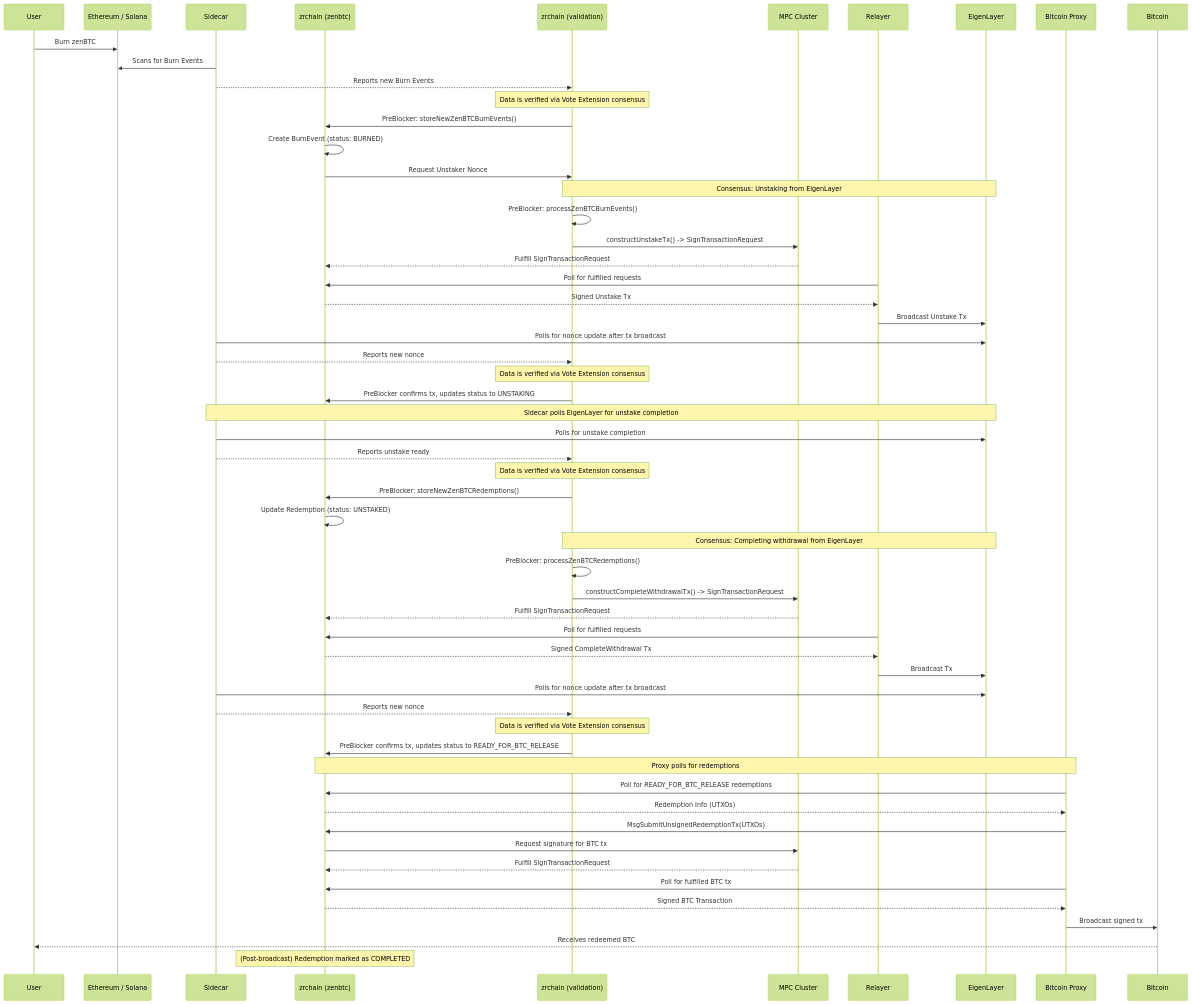
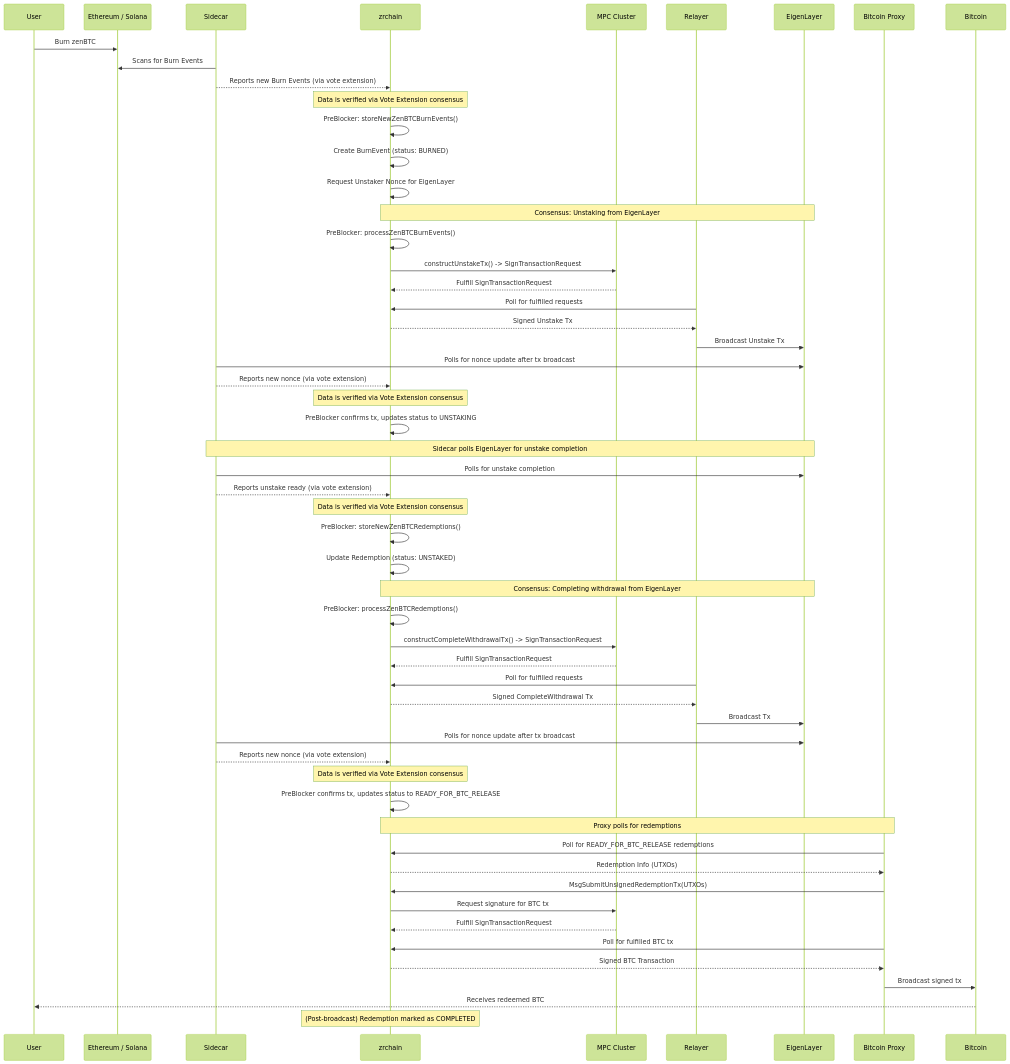
One commit to zenrocklabs/zrchain changed the second of 4 diagrams in docs/README.md. Above: the diagram before and after it, drawn with Mermaid (forest theme). The commit also changed other lines of this file, not shown here.

````diff
--- a/docs/README.md
+++ b/docs/README.md
@@ -93,68 +95,67 @@
 ```mermaid
 sequenceDiagram
     participant User
     participant DestinationChain as Ethereum / Solana
     participant Sidecar
-    participant zrchain as zrchain (zenbtc)
-    participant zrchain_val as zrchain (validation)
+    participant zrchain
     participant MPC Cluster
     participant Relayer
     participant EigenLayer
     participant Bitcoin Proxy
     participant Bitcoin
 
     User->>DestinationChain: Burn zenBTC
     Sidecar->>DestinationChain: Scans for Burn Events
-    Sidecar-->>zrchain_val: Reports new Burn Events
-    Note over zrchain_val: Data is verified via Vote Extension consensus
+    Sidecar-->>zrchain: Reports new Burn Events (via vote extension)
+    Note over zrchain: Data is verified via Vote Extension consensus
 
-    zrchain_val->>zrchain: PreBlocker: storeNewZenBTCBurnEvents()
+    zrchain->>zrchain: PreBlocker: storeNewZenBTCBurnEvents()
     zrchain->>zrchain: Create BurnEvent (status: BURNED)
-    zrchain->>zrchain_val: Request Unstaker Nonce
+    zrchain->>zrchain: Request Unstaker Nonce for EigenLayer
 
-    Note over zrchain_val,EigenLayer: Consensus: Unstaking from EigenLayer
-    zrchain_val->>zrchain_val: PreBlocker: processZenBTCBurnEvents()
-    zrchain_val->>MPC Cluster: constructUnstakeTx() -> SignTransactionRequest
+    Note over zrchain,EigenLayer: Consensus: Unstaking from EigenLayer
+    zrchain->>zrchain: PreBlocker: processZenBTCBurnEvents()
+    zrchain->>MPC Cluster: constructUnstakeTx() -> SignTransactionRequest
     MPC Cluster-->>zrchain: Fulfill SignTransactionRequest
     Relayer->>zrchain: Poll for fulfilled requests
     zrchain-->>Relayer: Signed Unstake Tx
     Relayer->>EigenLayer: Broadcast Unstake Tx
     
     Sidecar->>EigenLayer: Polls for nonce update after tx broadcast
-    Sidecar-->>zrchain_val: Reports new nonce
-    Note over zrchain_val: Data is verified via Vote Extension consensus
-    zrchain_val->>zrchain: PreBlocker confirms tx, updates status to UNSTAKING
+    Sidecar-->>zrchain: Reports new nonce (via vote extension)
+    Note over zrchain: Data is verified via Vote Extension consensus
+    zrchain->>zrchain: PreBlocker confirms tx, updates status to UNSTAKING
 
     Note over Sidecar,EigenLayer: Sidecar polls EigenLayer for unstake completion
     Sidecar->>EigenLayer: Polls for unstake completion
-    Sidecar-->>zrchain_val: Reports unstake ready
-    Note over zrchain_val: Data is verified via Vote Extension consensus
-    zrchain_val->>zrchain: PreBlocker: storeNewZenBTCRedemptions()
+    Sidecar-->>zrchain: Reports unstake ready (via vote extension)
+    Note over zrchain: Data is verified via Vote Extension consensus
+    zrchain->>zrchain: PreBlocker: storeNewZenBTCRedemptions()
     zrchain->>zrchain: Update Redemption (status: UNSTAKED)
 
-    Note over zrchain_val,EigenLayer: Consensus: Completing withdrawal from EigenLayer
-    zrchain_val->>zrchain_val: PreBlocker: processZenBTCRedemptions()
-    zrchain_val->>MPC Cluster: constructCompleteWithdrawalTx() -> SignTransactionRequest
+    Note over zrchain,EigenLayer: Consensus: Completing withdrawal from EigenLayer
+    zrchain->>zrchain: PreBlocker: processZenBTCRedemptions()
+    zrchain->>MPC Cluster: constructCompleteWithdrawalTx() -> SignTransactionRequest
     MPC Cluster-->>zrchain: Fulfill SignTransactionRequest
     Relayer->>zrchain: Poll for fulfilled requests
     zrchain-->>Relayer: Signed CompleteWithdrawal Tx
     Relayer->>EigenLayer: Broadcast Tx
     
     Sidecar->>EigenLayer: Polls for nonce update after tx broadcast
-    Sidecar-->>zrchain_val: Reports new nonce
-    Note over zrchain_val: Data is verified via Vote Extension consensus
-    zrchain_val->>zrchain: PreBlocker confirms tx, updates status to READY_FOR_BTC_RELEASE
+    Sidecar-->>zrchain: Reports new nonce (via vote extension)
+    Note over zrchain: Data is verified via Vote Extension consensus
+    zrchain->>zrchain: PreBlocker confirms tx, updates status to READY_FOR_BTC_RELEASE
 
     Note over Bitcoin Proxy, zrchain: Proxy polls for redemptions
     Bitcoin Proxy->>zrchain: Poll for READY_FOR_BTC_RELEASE redemptions
     zrchain-->>Bitcoin Proxy: Redemption Info (UTXOs)
     Bitcoin Proxy->>zrchain: MsgSubmitUnsignedRedemptionTx(UTXOs)
     zrchain->>MPC Cluster: Request signature for BTC tx
     MPC Cluster-->>zrchain: Fulfill SignTransactionRequest
     Bitcoin Proxy->>zrchain: Poll for fulfilled BTC tx
     zrchain-->>Bitcoin Proxy: Signed BTC Transaction
     Bitcoin Proxy->>Bitcoin: Broadcast signed tx
     Bitcoin-->>User: Receives redeemed BTC
     
     Note over zrchain: (Post-broadcast) Redemption marked as COMPLETED
 ```
````
